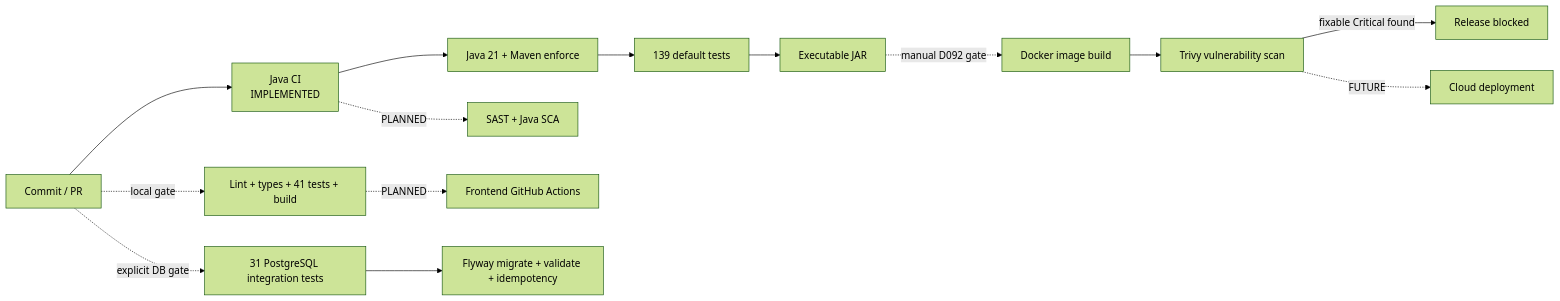
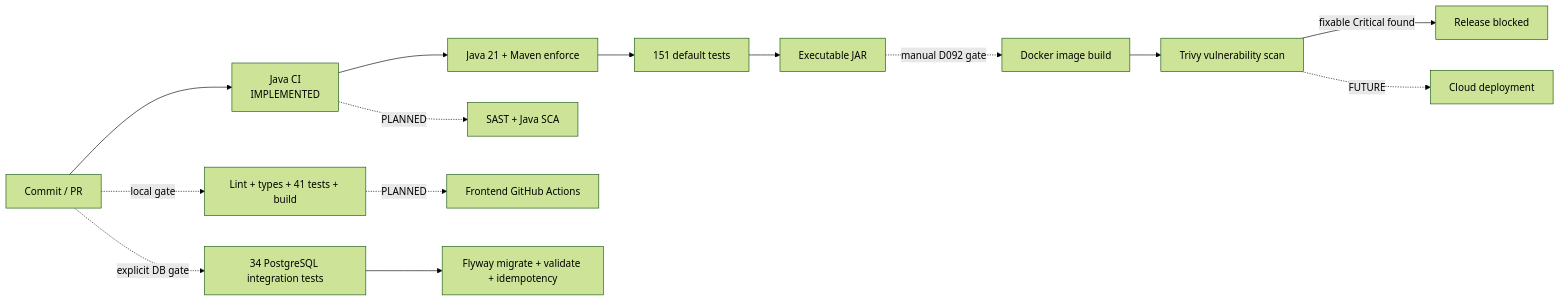
Before and after one commit to Dmillan-dev/ImperatorProyect: the fourth of 5 diagrams in docs/portfolio/technical-evidence.md, drawn with Mermaid (forest theme). The commit also changed 14 other files, not shown here.

````diff
--- a/docs/portfolio/technical-evidence.md
+++ b/docs/portfolio/technical-evidence.md
@@ -124,16 +124,16 @@
 ```mermaid
 flowchart LR
     Commit[Commit / PR] --> JavaCI[Java CI<br/>IMPLEMENTED]
     JavaCI --> Compile[Java 21 + Maven enforce]
-    Compile --> BackendTests[139 default tests]
+    Compile --> BackendTests[151 default tests]
     BackendTests --> Jar[Executable JAR]
     Commit -. local gate .-> Frontend[Lint + types + 41 tests + build]
-    Commit -. explicit DB gate .-> PGTests[31 PostgreSQL integration tests]
+    Commit -. explicit DB gate .-> PGTests[34 PostgreSQL integration tests]
     PGTests --> Flyway[Flyway migrate + validate + idempotency]
     Jar -. manual D092 gate .-> Images[Docker image build]
     Images --> Trivy[Trivy vulnerability scan]
     Trivy -->|fixable Critical found| Block[Release blocked]
     Frontend -. PLANNED .-> FrontendCI[Frontend GitHub Actions]
     JavaCI -. PLANNED .-> SAST[SAST + Java SCA]
     Trivy -. FUTURE .-> Deploy[Cloud deployment]
 ```
````
